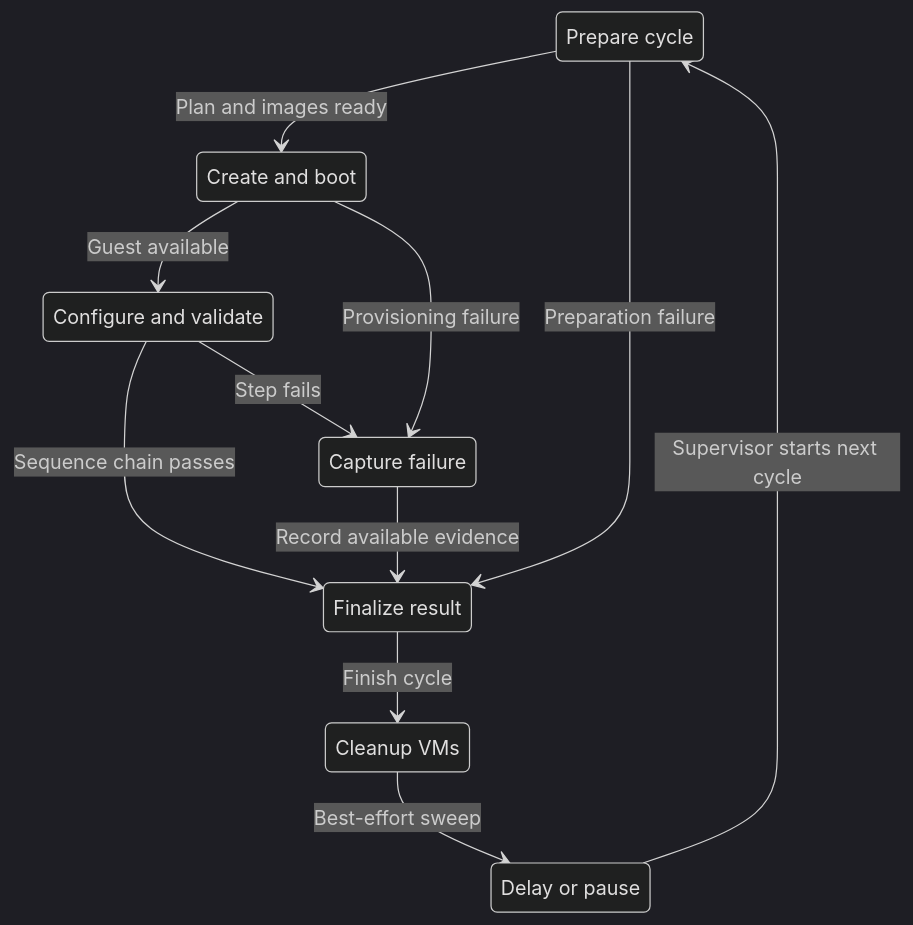
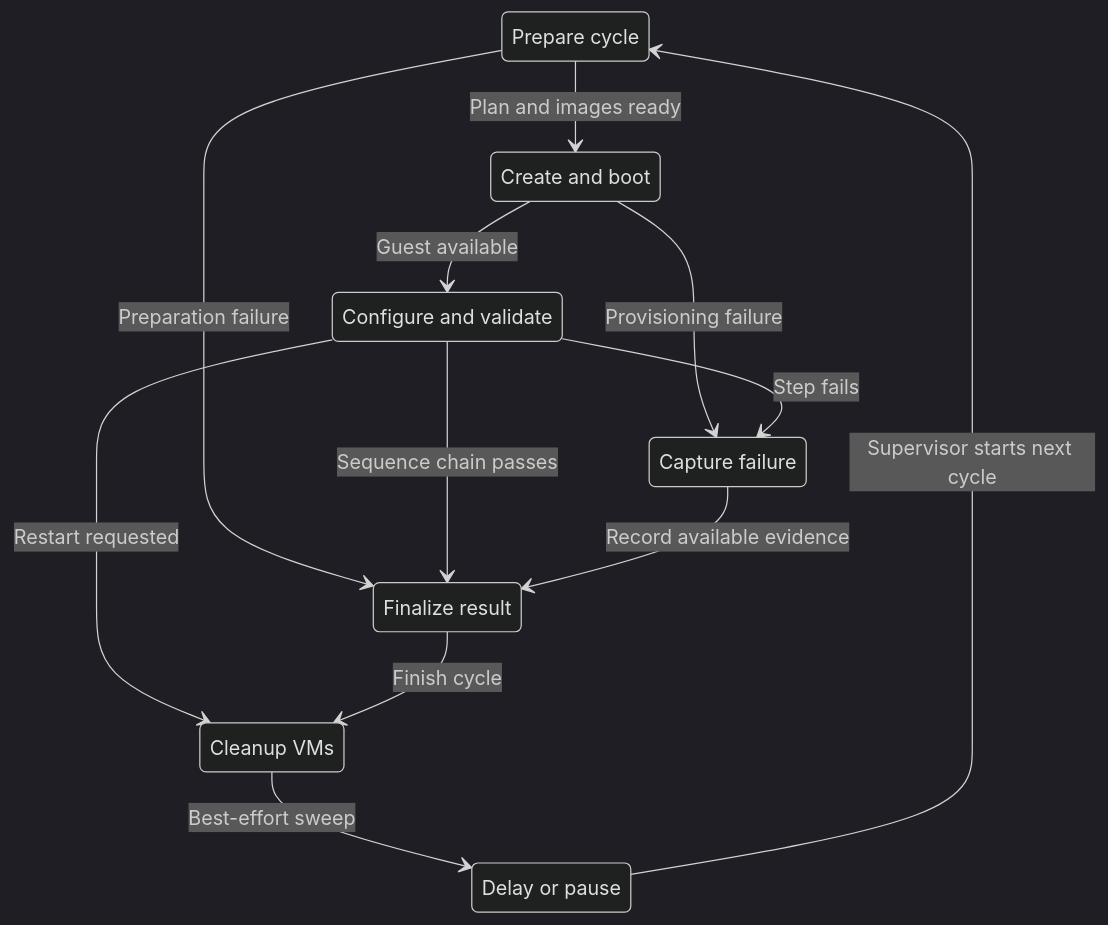
One commit to alissonsol/yuruna changed the second of 2 diagrams in docs/design/04-lifecycle-state.md. Above: the diagram before and after it, drawn with Mermaid (dark theme). The commit also changed other lines of this file and 1304 other files, not shown here.

````diff
--- a/docs/design/04-lifecycle-state.md
+++ b/docs/design/04-lifecycle-state.md
@@ -59,20 +61,21 @@
 ```mermaid
 stateDiagram-v2
     state "Prepare cycle" as initialize_cycle_gating_state
     state "Create and boot" as invoke_guest_provision_iteration
     state "Configure and validate" as test_start_guest_os_psm1
     state "Capture failure" as copy_failure_artifacts_to_status_log
     state "Finalize result" as complete_cycle_run
     state "Cleanup VMs" as remove_cycle_teardown_orphan_vm
     state "Delay or pause" as invoke_runner_inner_cycle
     initialize_cycle_gating_state --> invoke_guest_provision_iteration: Plan and images ready
     initialize_cycle_gating_state --> complete_cycle_run: Preparation failure
     invoke_guest_provision_iteration --> test_start_guest_os_psm1: Guest available
     invoke_guest_provision_iteration --> copy_failure_artifacts_to_status_log: Provisioning failure
     test_start_guest_os_psm1 --> complete_cycle_run: Sequence chain passes
     test_start_guest_os_psm1 --> copy_failure_artifacts_to_status_log: Step fails
+    test_start_guest_os_psm1 --> remove_cycle_teardown_orphan_vm: Restart requested
     copy_failure_artifacts_to_status_log --> complete_cycle_run: Record available evidence
     complete_cycle_run --> remove_cycle_teardown_orphan_vm: Finish cycle
     remove_cycle_teardown_orphan_vm --> invoke_runner_inner_cycle: Best-effort sweep
     invoke_runner_inner_cycle --> initialize_cycle_gating_state: Supervisor starts next cycle
 ```
````
